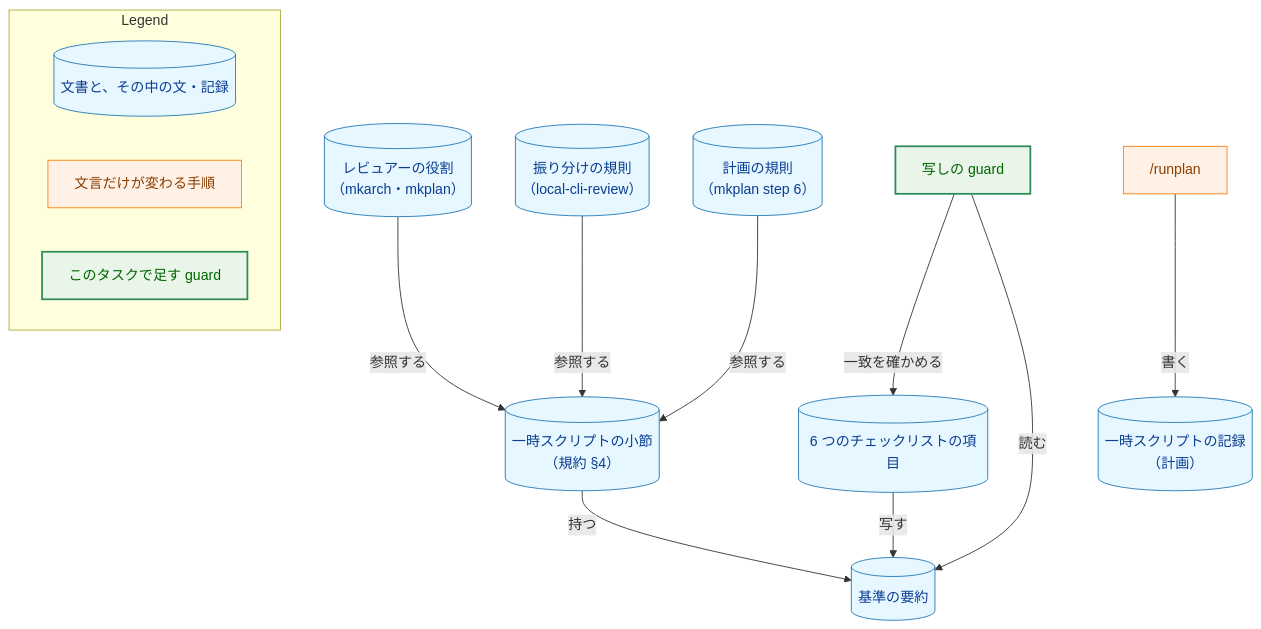
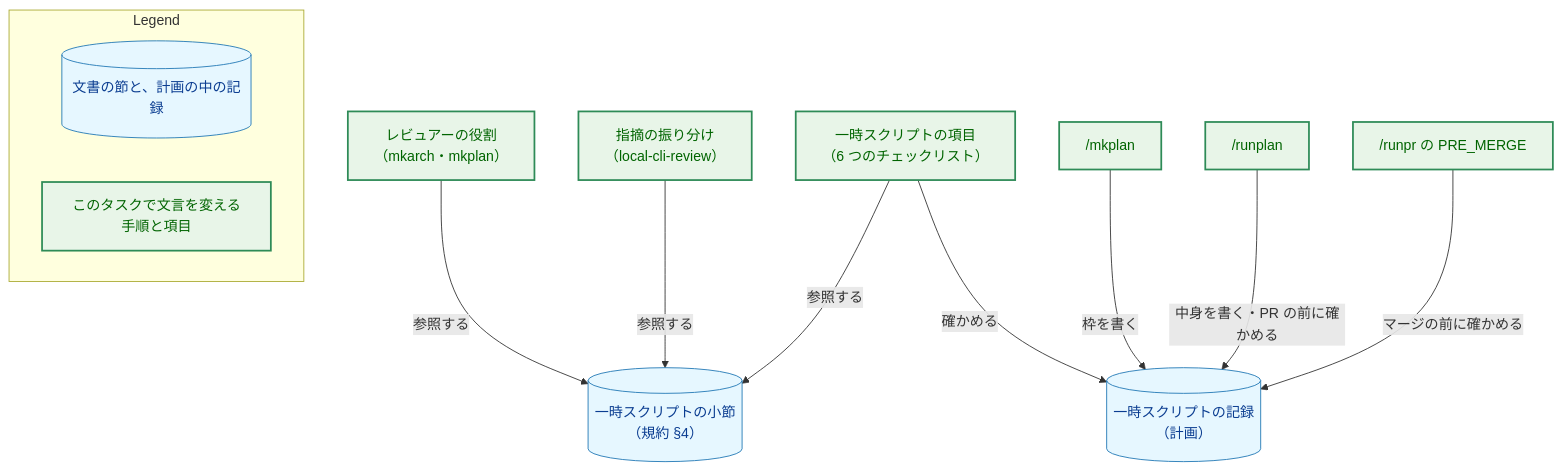
Before and after one commit to isseis/yt2column: the first of 5 diagrams in docs/tasks/0124_checks_proportion/02_architecture.md, drawn with Mermaid. The commit also changed other lines of this file and 3 other files, not shown here.

First line of the commit message:
docs(0124): apply the architecture review and prose fixes

````diff
--- a/docs/tasks/0124_checks_proportion/02_architecture.md
+++ b/docs/tasks/0124_checks_proportion/02_architecture.md
@@ -80,38 +77,32 @@
 ```mermaid
 flowchart TD
     classDef data fill:#e6f7ff,stroke:#1f77b4,stroke-width:1px,color:#0b3d91;
-    classDef process fill:#fff1e6,stroke:#ff7f0e,stroke-width:1px,color:#8a3e00;
     classDef enhanced fill:#e8f5e8,stroke:#2e8b57,stroke-width:2px,color:#006400;
 
     SUB[("一時スクリプトの小節<br>（規約 §4）")]
-    SUM[("基準の要約")]
-    CL[("6 つのチェックリストの項目")]
-    GUARD["写しの guard"]
-    ROLE[("レビュアーの役割<br>（mkarch・mkplan）")]
-    TRIAGE[("振り分けの規則<br>（local-cli-review）")]
-    PLANRULE[("計画の規則<br>（mkplan step 6）")]
+    ITEM["一時スクリプトの項目<br>（6 つのチェックリスト）"]
+    ROLE["レビュアーの役割<br>（mkarch・mkplan）"]
+    TRIAGE["指摘の振り分け<br>（local-cli-review）"]
+    MKPLAN["/mkplan"]
+    RUN["/runplan"]
+    RUNPR["/runpr の PRE_MERGE"]
     REC[("一時スクリプトの記録<br>（計画）")]
-    RUN["/runplan"]
 
-    SUB -->|"持つ"| SUM
-    CL -->|"写す"| SUM
-    GUARD -->|"一致を確かめる"| CL
-    GUARD -->|"読む"| SUM
+    ITEM -->|"参照する"| SUB
     ROLE -->|"参照する"| SUB
     TRIAGE -->|"参照する"| SUB
-    PLANRULE -->|"参照する"| SUB
-    RUN -->|"書く"| REC
+    MKPLAN -->|"枠を書く"| REC
+    RUN -->|"中身を書く・PR の前に確かめる"| REC
+    RUNPR -->|"マージの前に確かめる"| REC
+    ITEM -->|"確かめる"| REC
 
-    class SUB,SUM,CL,ROLE,TRIAGE,PLANRULE,REC data
-    class RUN process
-    class GUARD enhanced
+    class SUB,REC data
+    class ITEM,ROLE,TRIAGE,MKPLAN,RUN,RUNPR enhanced
 
     subgraph Legend["Legend"]
-        L1[("文書と、その中の文・記録")]
-        L2["文言だけが変わる手順"]
-        L3["このタスクで足す guard"]
+        L1[("文書の節と、計画の中の記録")]
+        L2["このタスクで文言を変える手順と項目"]
     end
     class L1 data
-    class L2 process
-    class L3 enhanced
+    class L2 enhanced
 ```
````
